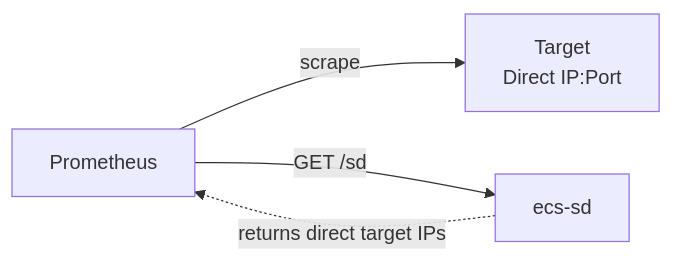
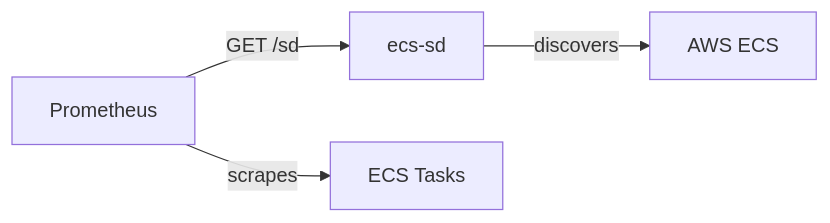
The first of 2 diagrams in README.md (wasilak/ecs-sd), drawn with Mermaid before and after one commit. The commit also changed other lines of this file and 4 other files, not shown here.

````diff
--- a/README.md
+++ b/README.md
@@ -504,6 +7,6 @@
 ```mermaid
 flowchart LR
-    P["Prometheus"] -->|scrape| T["Target<br/>Direct IP:Port"]
-    P -->|GET /sd| E["ecs-sd"]
-    E -.->|returns direct target IPs| P
+    P["Prometheus"] -->|GET /sd| E["ecs-sd"]
+    E -->|discovers| AWS["AWS ECS"]
+    P -->|scrapes| T["ECS Tasks"]
 ```
````
